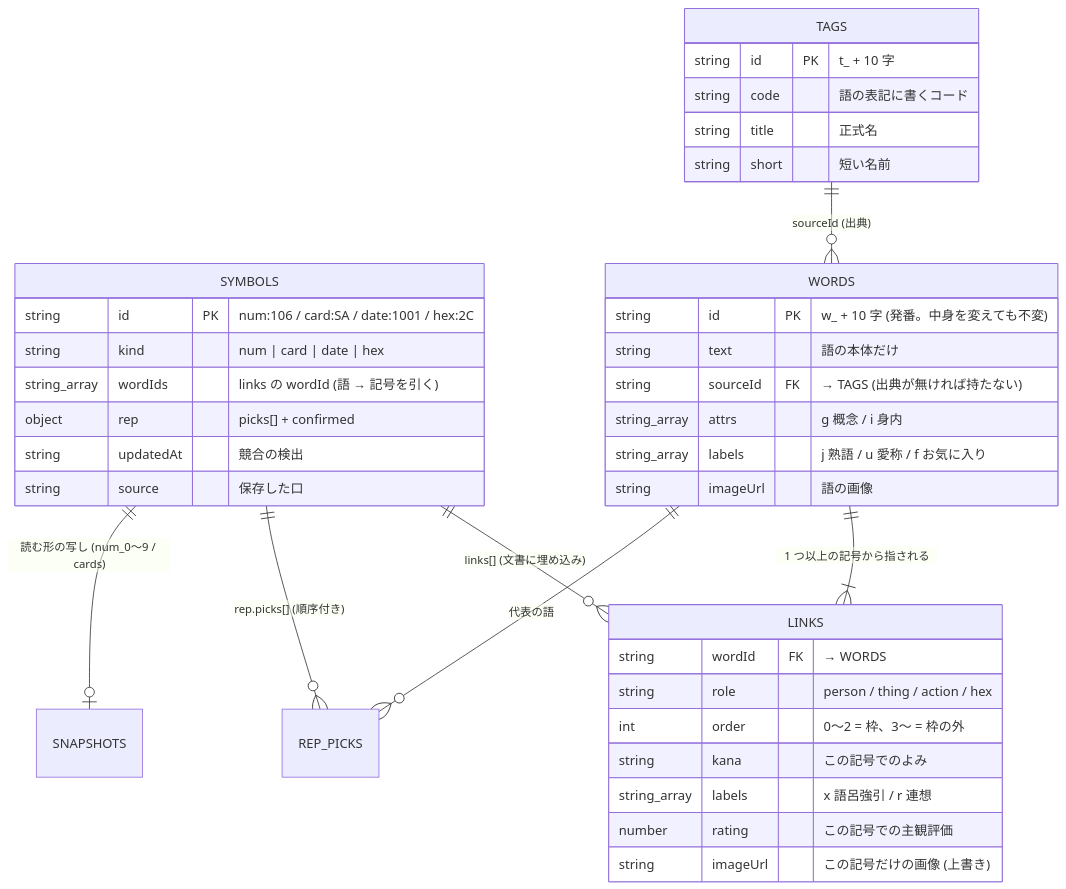
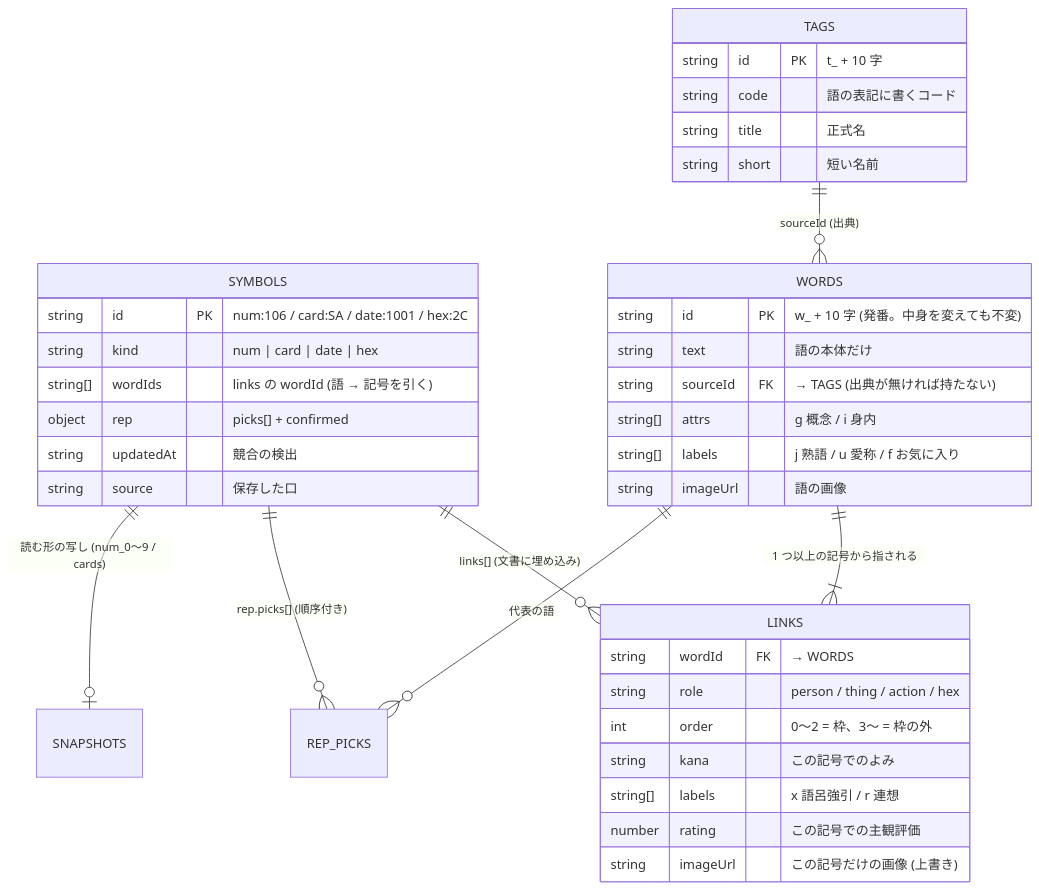
The diagram in docs/db-structure.md (elzup/999), drawn with Mermaid before and after one commit.

Commit message:
docs: DB 構造の ER 図の配列型を string_array から string[] に直す

Claude-Session: https://claude.ai/code/session_01BmWhT39zPg2H1Q5rbAC6sM

````diff
--- a/docs/db-structure.md
+++ b/docs/db-structure.md
@@ -15,41 +15,41 @@
 ```mermaid
 erDiagram
     SYMBOLS ||--o{ LINKS : "links[] (文書に埋め込み)"
     WORDS ||--|{ LINKS : "1 つ以上の記号から指される"
     TAGS ||--o{ WORDS : "sourceId (出典)"
     SYMBOLS ||--o{ REP_PICKS : "rep.picks[] (順序付き)"
     WORDS ||--o{ REP_PICKS : "代表の語"
     SYMBOLS ||--o| SNAPSHOTS : "読む形の写し (num_0〜9 / cards)"
 
     SYMBOLS {
         string id PK "num:106 / card:SA / date:1001 / hex:2C"
         string kind "num | card | date | hex"
-        string_array wordIds "links の wordId (語 → 記号を引く)"
+        string[] wordIds "links の wordId (語 → 記号を引く)"
         object rep "picks[] + confirmed"
         string updatedAt "競合の検出"
         string source "保存した口"
     }
     LINKS {
         string wordId FK "→ WORDS"
         string role "person / thing / action / hex"
         int order "0〜2 = 枠、3〜 = 枠の外"
         string kana "この記号でのよみ"
-        string_array labels "x 語呂強引 / r 連想"
+        string[] labels "x 語呂強引 / r 連想"
         number rating "この記号での主観評価"
         string imageUrl "この記号だけの画像 (上書き)"
     }
     WORDS {
         string id PK "w_ + 10 字 (発番。中身を変えても不変)"
         string text "語の本体だけ"
         string sourceId FK "→ TAGS (出典が無ければ持たない)"
-        string_array attrs "g 概念 / i 身内"
-        string_array labels "j 熟語 / u 愛称 / f お気に入り"
+        string[] attrs "g 概念 / i 身内"
+        string[] labels "j 熟語 / u 愛称 / f お気に入り"
         string imageUrl "語の画像"
     }
     TAGS {
         string id PK "t_ + 10 字"
         string code "語の表記に書くコード"
         string title "正式名"
         string short "短い名前"
     }
 ```
````
